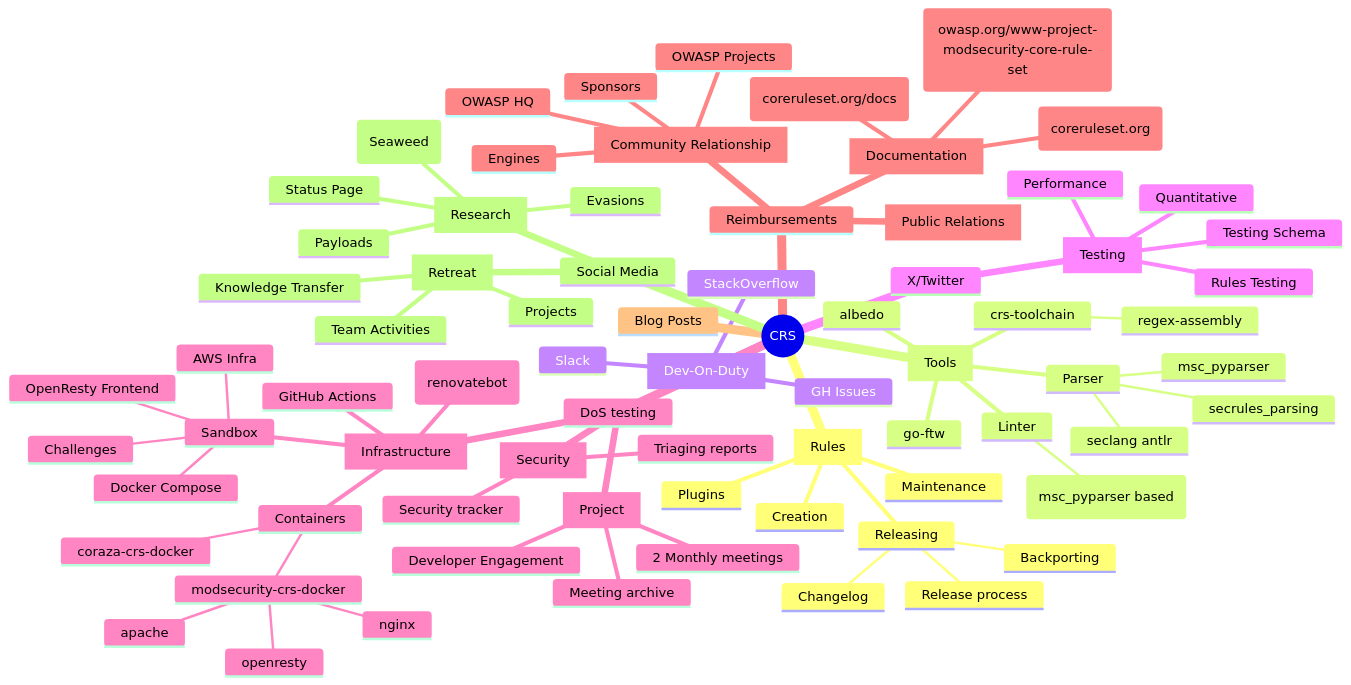
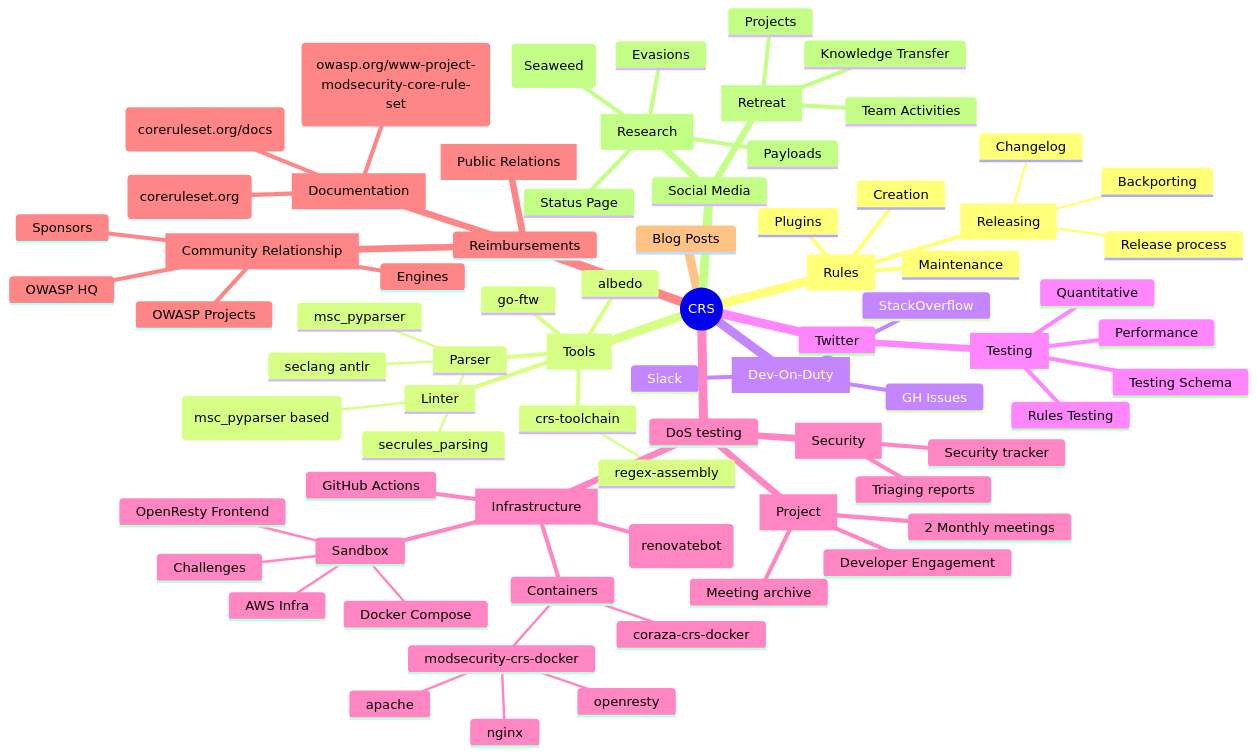
Before and after one commit to coreruleset/.github: the diagram in profile/README.md, drawn with Mermaid. The commit also changed other lines of this file, not shown here.

Commit message:
chore: fix diagram

````diff
--- a/profile/README.md
+++ b/profile/README.md
@@ -5,77 +3,77 @@
 ```mermaid
 mindmap
   root((CRS))
     id[Rules]
       Creation
       Maintenance
-      Releasing
+      id[Releasing]
         Changelog
         Release process
         Backporting
       Plugins
     id[Tools]
       crs-toolchain
         regex-assembly
       go-ftw
       albedo
       Parser
         secrules_parsing
         seclang antlr
         msc_pyparser
       Linter
         rules-check (msc_pyparser based)
     id[Dev-On-Duty]
       Slack
       GH Issues
       StackOverflow
-	  X/Twitter
+	  Twitter
     id[Testing]
       Rules Testing
       Testing Schema
       Quantitative
       Performance
 	  DoS testing
     id[Infrastructure]
       Updates (renovatebot)
       GitHub Actions
       Containers
         modsecurity-crs-docker
           apache
           nginx
           openresty
         coraza-crs-docker
       Sandbox
         AWS Infra
         OpenResty Frontend
         Challenges
         Docker Compose
     id[Security]
       Security tracker
       Triaging reports
     id[Project]
       2 Monthly meetings
       Developer Engagement
       Meeting archive
 	  Reimbursements
     id[Documentation]
       Website Blogs (coreruleset.org)
       Documentation (coreruleset.org/docs)
       OWASP Website (owasp.org/www-project-modsecurity-core-rule-set)
     id[Community Relationship]
       Sponsors
       Engines
       OWASP Projects
       OWASP HQ
     id[Public Relations]
 	  Blog Posts
 	  Social Media
     id[Retreat]
       Projects
       Knowledge Transfer
       Team Activities
     id[Research]
       CVEs (Seaweed)
       Status Page
       Payloads
       Evasions
 ```
````
